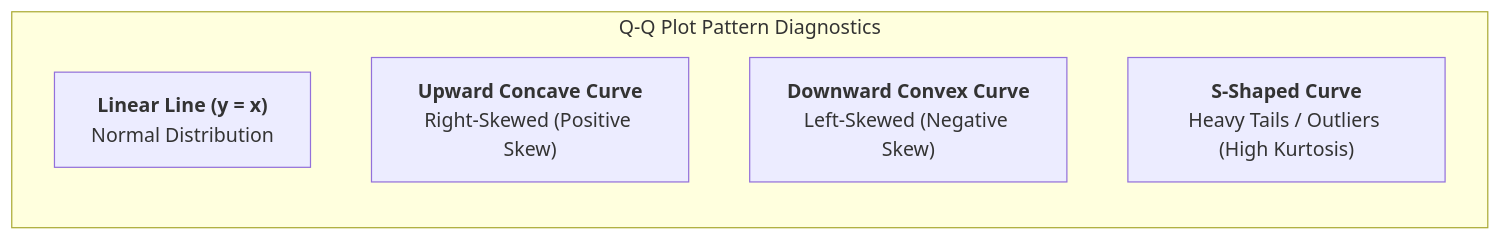
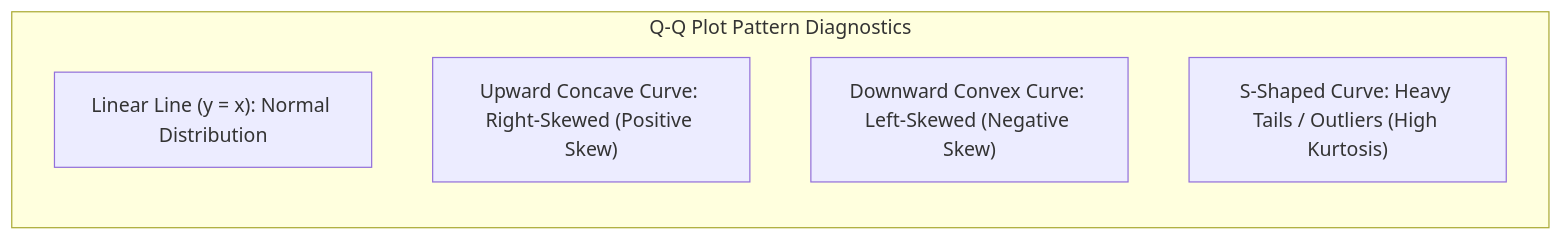
One commit to DeepLumiere/DeepSkills changed the third of 3 diagrams in notes/data_analysis/Chapter4_Statistical_Descriptions.md. Above: the diagram before and after it, drawn with Mermaid. The commit also changed other lines of this file and 56 other files, not shown here.

````diff
--- a/notes/data_analysis/Chapter4_Statistical_Descriptions.md
+++ b/notes/data_analysis/Chapter4_Statistical_Descriptions.md
@@ -984,9 +984,9 @@
 ```mermaid
 flowchart LR
     subgraph Patterns["Q-Q Plot Pattern Diagnostics"]
-        P1["<b>Linear Line (y = x)</b><br/>Normal Distribution"]
-        P2["<b>Upward Concave Curve</b><br/>Right-Skewed (Positive Skew)"]
-        P3["<b>Downward Convex Curve</b><br/>Left-Skewed (Negative Skew)"]
-        P4["<b>S-Shaped Curve</b><br/>Heavy Tails / Outliers (High Kurtosis)"]
+        P1["Linear Line (y = x): Normal Distribution"]
+        P2["Upward Concave Curve: Right-Skewed (Positive Skew)"]
+        P3["Downward Convex Curve: Left-Skewed (Negative Skew)"]
+        P4["S-Shaped Curve: Heavy Tails / Outliers (High Kurtosis)"]
     end
 ```
````
